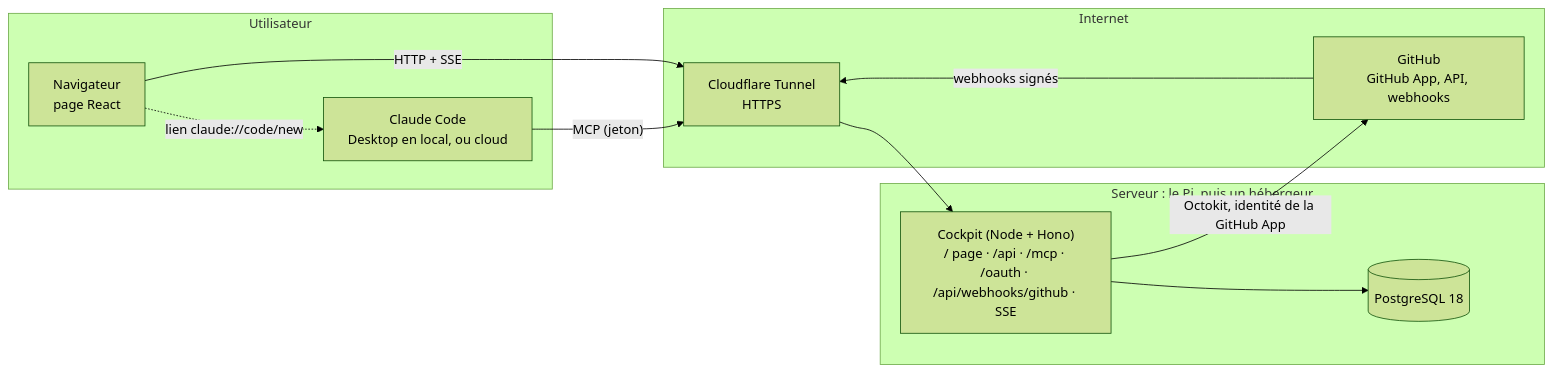
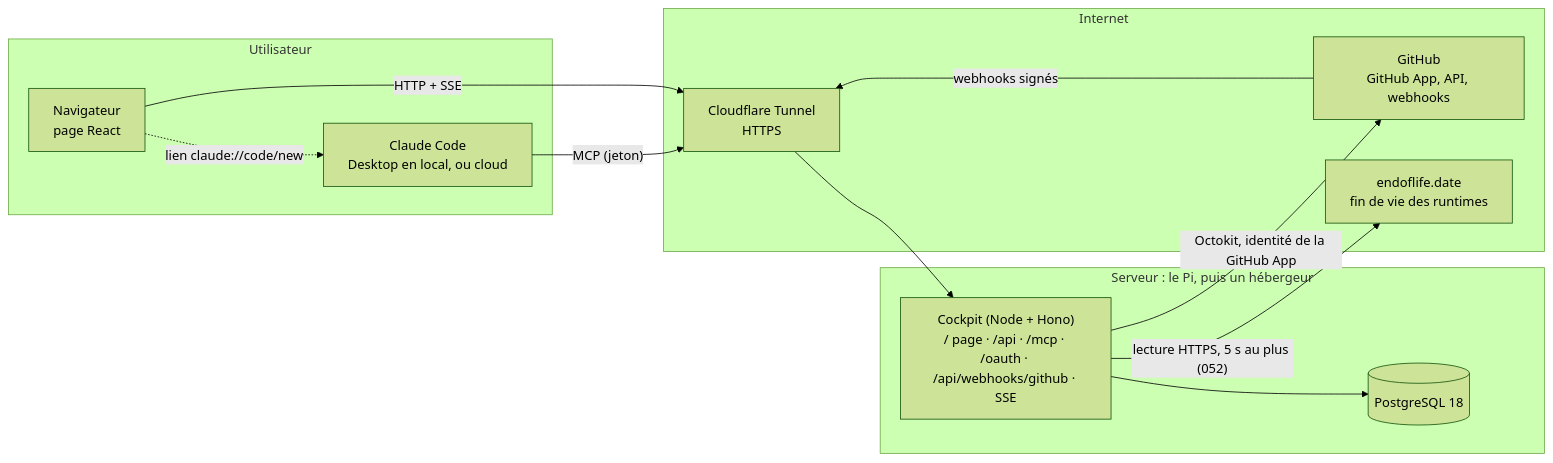
Before and after one commit to vidal-dorian/Cockpit-v2: the diagram in docs/architecture.md, drawn with Mermaid (forest theme). The commit also changed other lines of this file and 73 other files, not shown here.

````diff
--- a/docs/architecture.md
+++ b/docs/architecture.md
@@ -11,22 +11,24 @@
 ```mermaid
 flowchart LR
     subgraph Utilisateur
         B["Navigateur<br/>page React"]
         CC["Claude Code<br/>Desktop en local, ou cloud"]
     end
     subgraph Internet
         CF["Cloudflare Tunnel<br/>HTTPS"]
         GH["GitHub<br/>GitHub App, API, webhooks"]
+        EOL["endoflife.date<br/>fin de vie des runtimes"]
     end
     subgraph Serveur["Serveur : le Pi, puis un hébergeur"]
         S["Cockpit (Node + Hono)<br/>/ page · /api · /mcp · /oauth · /api/webhooks/github · SSE"]
         PG[("PostgreSQL 18")]
     end
     B -- "HTTP + SSE" --> CF
     CC -- "MCP (jeton)" --> CF
     GH -- "webhooks signés" --> CF
     CF --> S
     S --> PG
     S -- "Octokit, identité de la GitHub App" --> GH
+    S -- "lecture HTTPS, 5 s au plus (052)" --> EOL
     B -. "lien claude://code/new" .-> CC
 ```
````
